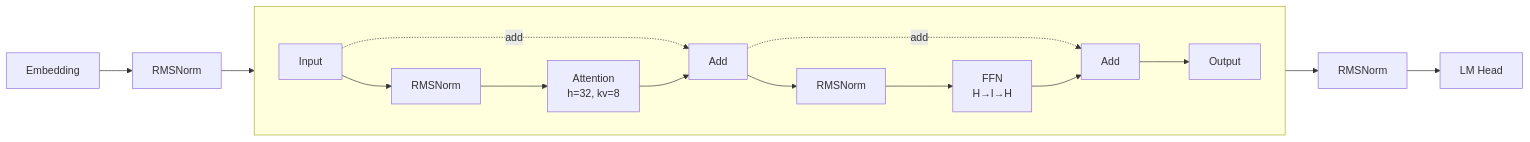
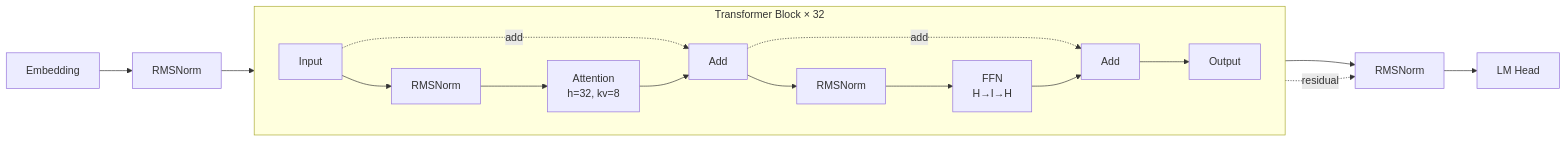
Before and after one commit to kevinoldching/agent-skills: the first of 2 diagrams in llm_arch_generator/docs/superpowers/specs/2026-03-26-llm_arch_generator-design.md, drawn with Mermaid. The commit also changed other lines of this file, not shown here.

First line of the commit message:
docs: fix Level 1 and Level 2 mermaid diagrams

````diff
--- a/llm_arch_generator/docs/superpowers/specs/2026-03-26-llm_arch_generator-design.md
+++ b/llm_arch_generator/docs/superpowers/specs/2026-03-26-llm_arch_generator-design.md
@@ -181,22 +176,24 @@
 ```mermaid
 graph LR
     E["Embedding"] --> LN1["RMSNorm"]
-    LN1 --> TB["Transformer Block × 32"]
+    LN1 --> Input["Input"]
 
-    subgraph TB[" "]
+    subgraph TB["Transformer Block × 32"]
         direction LR
-        Input["Input"] --> LN_a["RMSNorm"]
+        style TB dashed
+        Input --> LN_a["RMSNorm"]
         LN_a --> Attn["Attention<br/>h=32, kv=8"]
         Input -.->|"add"| Add1["Add"]
         Attn --> Add1
 
         Add1 --> LN_b["RMSNorm"]
         LN_b --> FFN["FFN<br/>H→I→H"]
         Add1 -.->|"add"| Add2["Add"]
         FFN --> Add2
         Add2 --> Out["Output"]
     end
 
     TB --> LN2["RMSNorm"]
+    TB -.->|"residual"| LN2
     LN2 --> LM["LM Head"]
 ```
````
